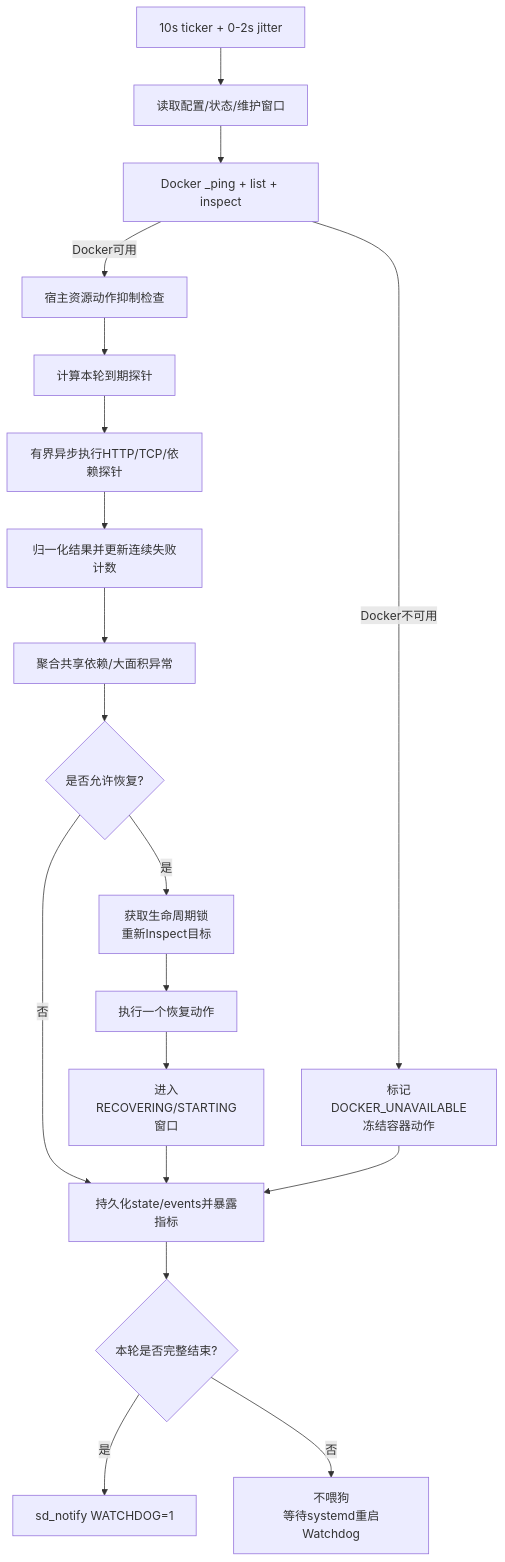
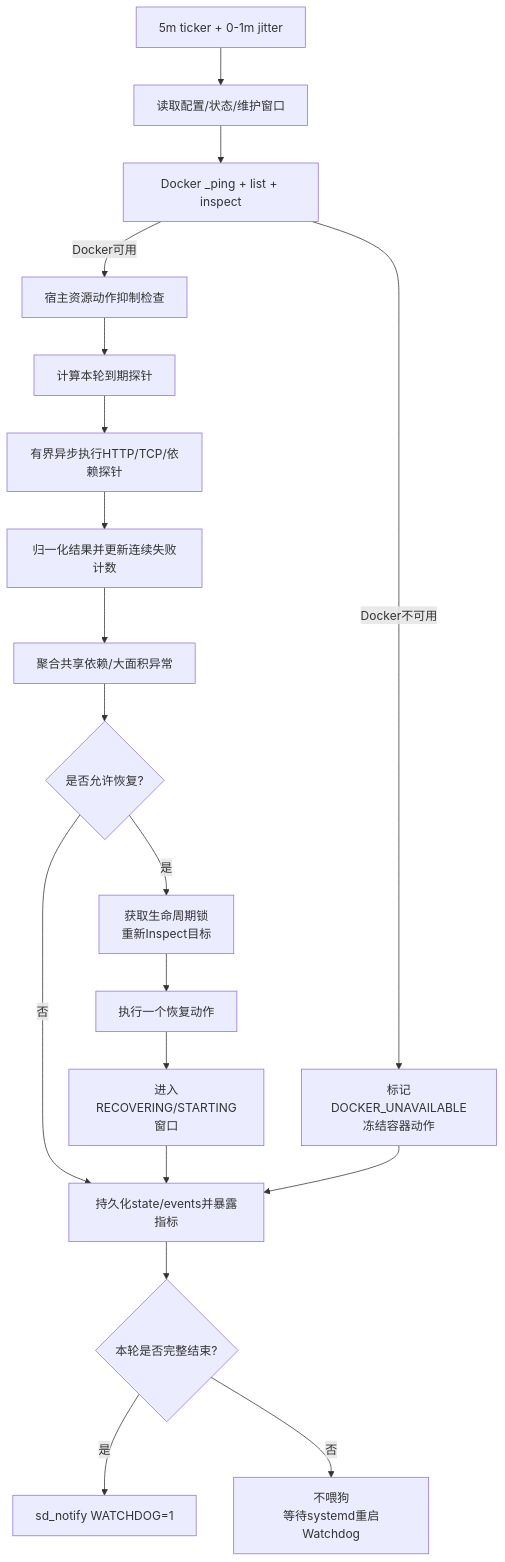
The diagram in omcgo/docs/design/0026-compose-watchdog-design.md (bixinhaner/xomc), drawn with Mermaid before and after one commit. The commit also changed other lines of this file, not shown here.

````diff
--- a/omcgo/docs/design/0026-compose-watchdog-design.md
+++ b/omcgo/docs/design/0026-compose-watchdog-design.md
@@ -901,21 +901,21 @@
 ```mermaid
 flowchart TD
-    A[10s ticker + 0-2s jitter] --> B[读取配置/状态/维护窗口]
+    A[5m ticker + 0-1m jitter] --> B[读取配置/状态/维护窗口]
     B --> C[Docker _ping + list + inspect]
     C -->|Docker不可用| D[标记DOCKER_UNAVAILABLE<br/>冻结容器动作]
     C -->|Docker可用| E[宿主资源动作抑制检查]
     E --> F[计算本轮到期探针]
     F --> G[有界异步执行HTTP/TCP/依赖探针]
     G --> H[归一化结果并更新连续失败计数]
     H --> I[聚合共享依赖/大面积异常]
     I --> J{是否允许恢复?}
     J -->|否| K[持久化state/events并暴露指标]
     J -->|是| L[获取生命周期锁<br/>重新Inspect目标]
     L --> M[执行一个恢复动作]
     M --> N[进入RECOVERING/STARTING窗口]
     N --> K
     D --> K
     K --> O{本轮是否完整结束?}
     O -->|是| P[sd_notify WATCHDOG=1]
     O -->|否| Q[不喂狗<br/>等待systemd重启Watchdog]
 ```
````
